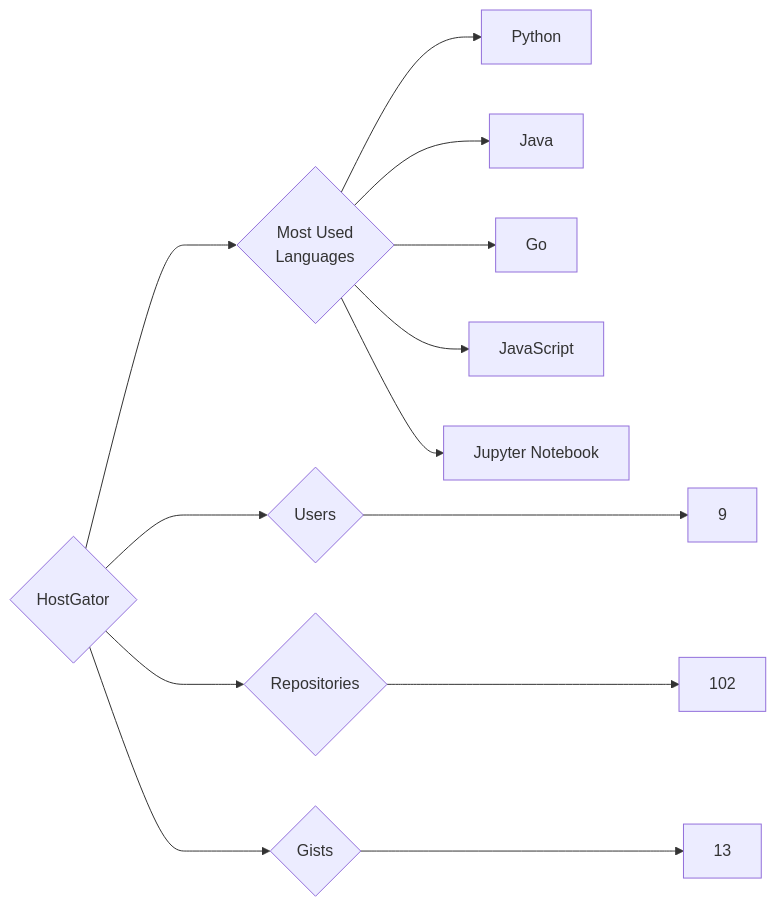
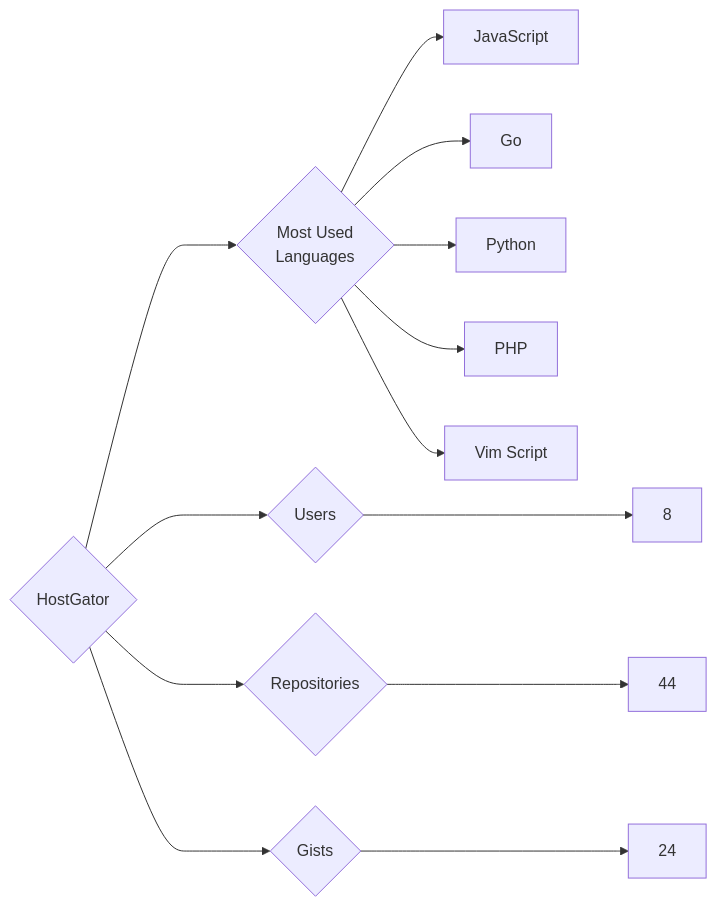
Before and after one commit to trickest/insiders: the diagram in targets/HostGator/README.md, drawn with Mermaid. The commit also changed 1238 other files, not shown here.

````diff
--- a/targets/HostGator/README.md
+++ b/targets/HostGator/README.md
@@ -3,13 +3,13 @@
 ```mermaid
 graph LR
 COMPANY_NAME{HostGator}
-COMPANY_NAME ---> U{Users} ---> UN[9]
-COMPANY_NAME ---> R{Repositories} ---> RN[102]
-COMPANY_NAME ---> G{Gists} ---> GN[13]
+COMPANY_NAME ---> U{Users} ---> UN[8]
+COMPANY_NAME ---> R{Repositories} ---> RN[44]
+COMPANY_NAME ---> G{Gists} ---> GN[24]
 COMPANY_NAME ---> ML{Most Used<br>Languages}
+ML --> JavaScript[JavaScript]
+ML --> Go[Go]
 ML --> Python[Python]
-ML --> Java[Java]
-ML --> Go[Go]
-ML --> JavaScript[JavaScript]
-ML --> Jupyter_Notebook[Jupyter Notebook]
+ML --> PHP[PHP]
+ML --> Vim_Script[Vim Script]
 ```
````
